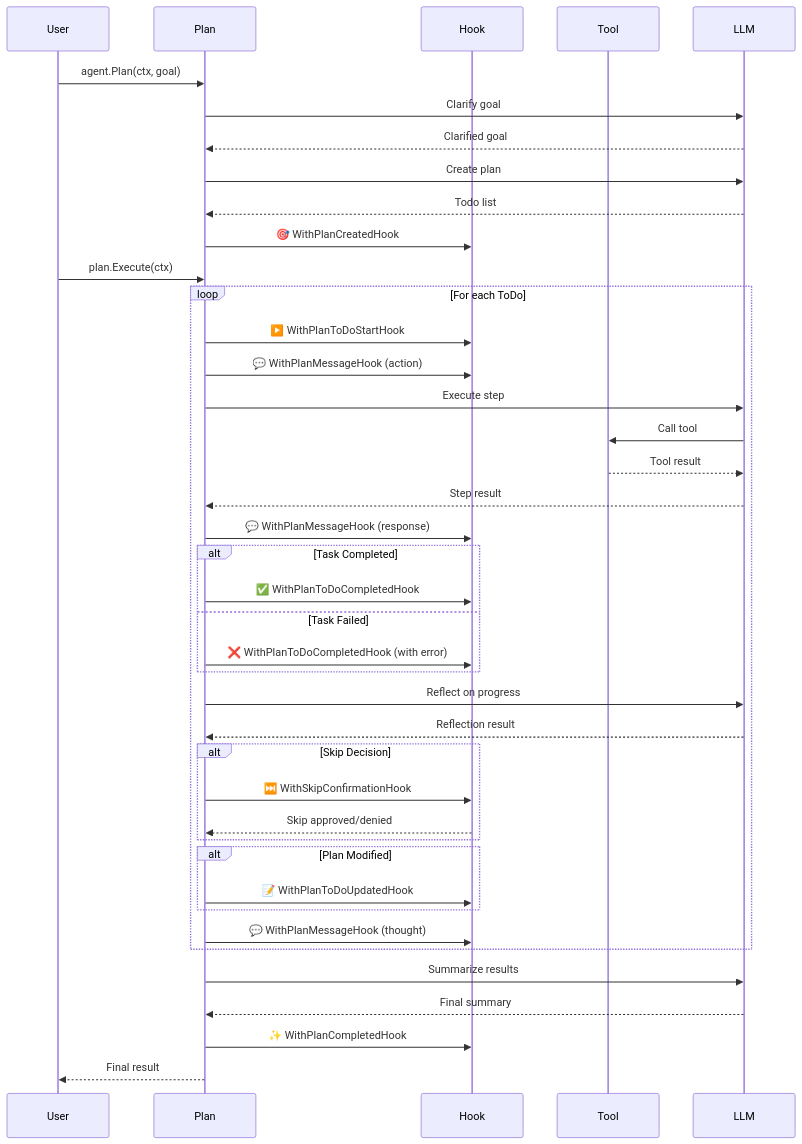
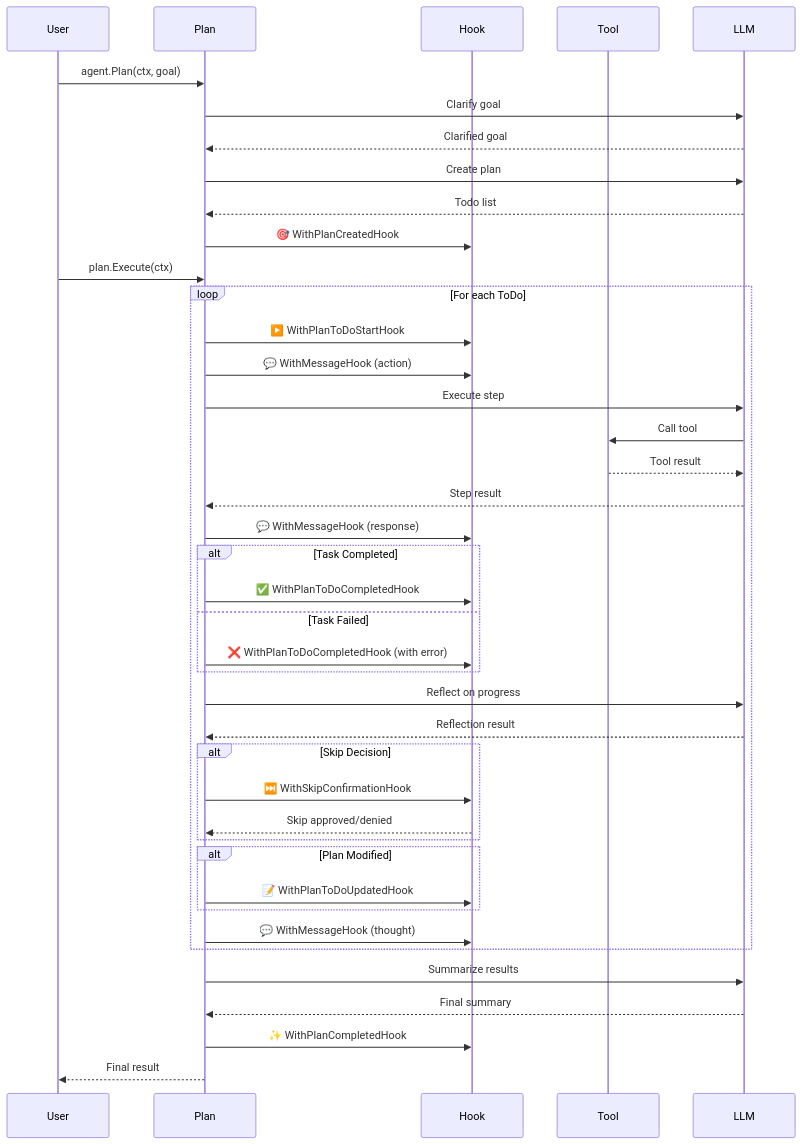
Before and after one commit to m-mizutani/gollem: the second of 3 diagrams in doc/plan-mode.md, drawn with Mermaid. The commit also changed other lines of this file and 1 other file, not shown here.

Commit message:
refactor(docs, plan.go): rename WithPlanMessageHook to WithMessageHook for consistency and clarity in documentation and code

````diff
--- a/doc/plan-mode.md
+++ b/doc/plan-mode.md
@@ -172,52 +172,52 @@
 ```mermaid
 sequenceDiagram
     participant User
     participant Plan
     participant Hook
     participant Tool
     participant LLM
 
     User->>Plan: agent.Plan(ctx, goal)
     Plan->>LLM: Clarify goal
     LLM-->>Plan: Clarified goal
     Plan->>LLM: Create plan
     LLM-->>Plan: Todo list
     Plan->>Hook: 🎯 WithPlanCreatedHook
     
     User->>Plan: plan.Execute(ctx)
     
     loop For each ToDo
         Plan->>Hook: ▶️ WithPlanToDoStartHook
-        Plan->>Hook: 💬 WithPlanMessageHook (action)
+        Plan->>Hook: 💬 WithMessageHook (action)
         Plan->>LLM: Execute step
         LLM->>Tool: Call tool
         Tool-->>LLM: Tool result
         LLM-->>Plan: Step result
-        Plan->>Hook: 💬 WithPlanMessageHook (response)
+        Plan->>Hook: 💬 WithMessageHook (response)
         
         alt Task Completed
             Plan->>Hook: ✅ WithPlanToDoCompletedHook
         else Task Failed
             Plan->>Hook: ❌ WithPlanToDoCompletedHook (with error)
         end
         
         Plan->>LLM: Reflect on progress
         LLM-->>Plan: Reflection result
         
         alt Skip Decision
             Plan->>Hook: ⏭️ WithSkipConfirmationHook
             Hook-->>Plan: Skip approved/denied
         end
         
         alt Plan Modified
             Plan->>Hook: 📝 WithPlanToDoUpdatedHook
         end
         
-        Plan->>Hook: 💬 WithPlanMessageHook (thought)
+        Plan->>Hook: 💬 WithMessageHook (thought)
     end
     
     Plan->>LLM: Summarize results
     LLM-->>Plan: Final summary
     Plan->>Hook: ✨ WithPlanCompletedHook
     Plan-->>User: Final result
 ```
````
